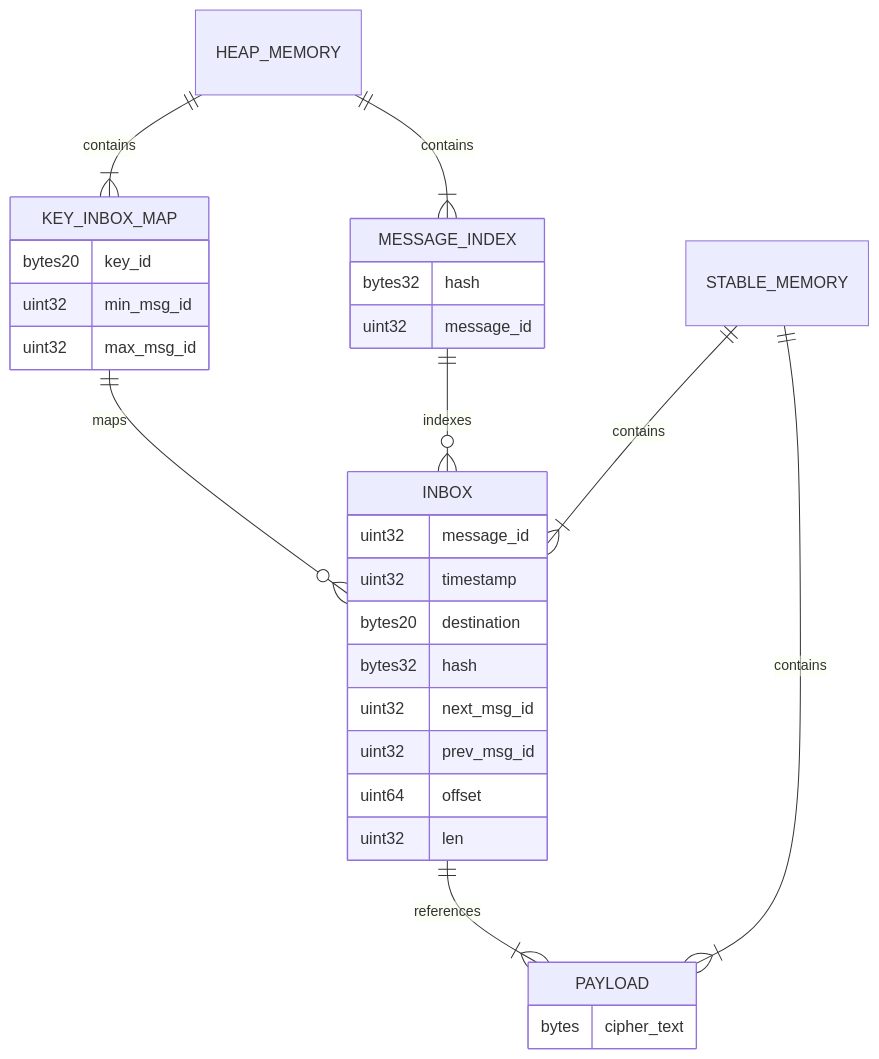
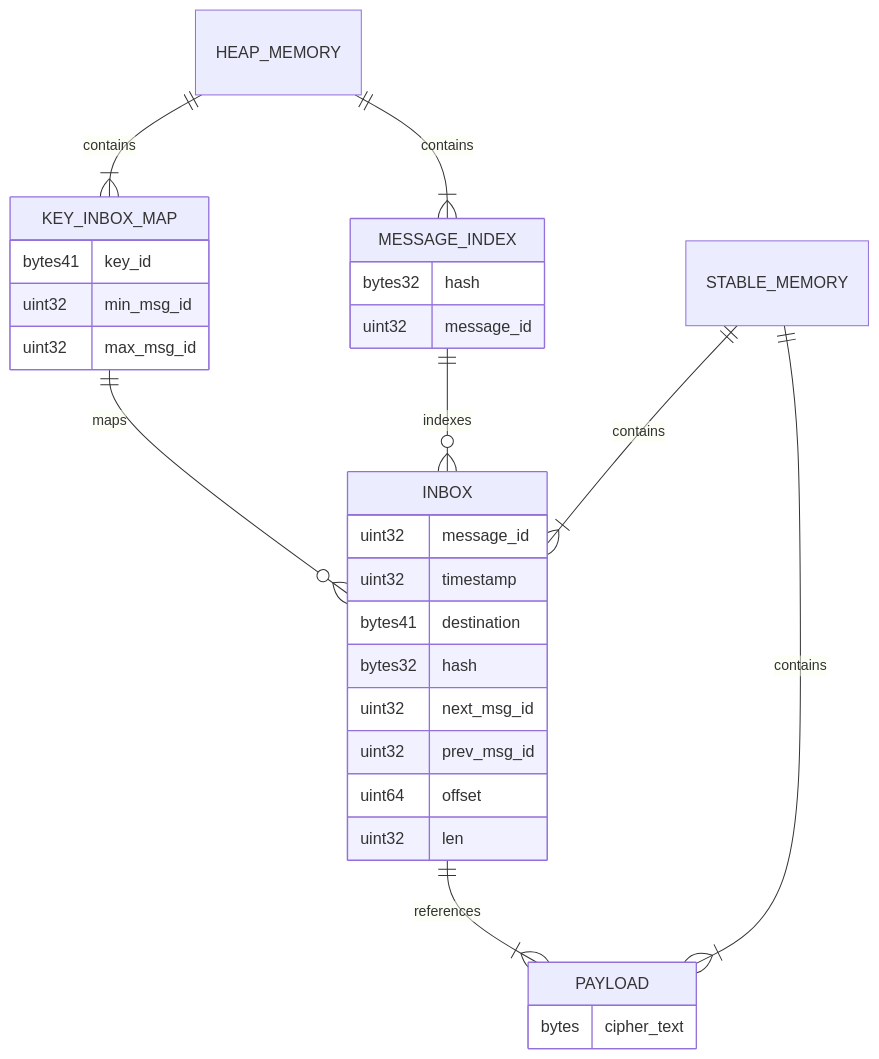
The second of 2 diagrams in ARCHITECTURE_MS1_amend.md (diodechain/zone_availability_canister), drawn with Mermaid before and after one commit. The commit also changed other lines of this file and 8 other files, not shown here.

Commit message:
Update key_id to 41 bytes

````diff
--- a/ARCHITECTURE_MS1_amend.md
+++ b/ARCHITECTURE_MS1_amend.md
@@ -69,41 +69,41 @@
 ```mermaid
 erDiagram
     %% HEAP Maps
     KEY_INBOX_MAP ||--o{ INBOX : maps
     KEY_INBOX_MAP {
-        bytes20 key_id
+        bytes41 key_id
         uint32 min_msg_id
         uint32 max_msg_id
     }
     MESSAGE_INDEX ||--o{ INBOX : indexes
     MESSAGE_INDEX {
         bytes32 hash
         uint32 message_id
     }
 
     %% REGION Data
     INBOX ||--|{ PAYLOAD : references
     INBOX {
         uint32 message_id
         uint32 timestamp
-        bytes20 destination
+        bytes41 destination
         bytes32 hash
         uint32 next_msg_id
         uint32 prev_msg_id
         uint64 offset
         uint32 len
     }
     PAYLOAD {
         bytes cipher_text
     }
 
     %% Markers
     HEAP_MARKER[HEAP_MEMORY]
     REGION_MARKER[STABLE_MEMORY]
 
     %% Relationships to markers
     HEAP_MARKER ||--|{ KEY_INBOX_MAP : contains
     HEAP_MARKER ||--|{ MESSAGE_INDEX : contains
     REGION_MARKER ||--|{ INBOX : contains
     REGION_MARKER ||--|{ PAYLOAD : contains
 ```
````
